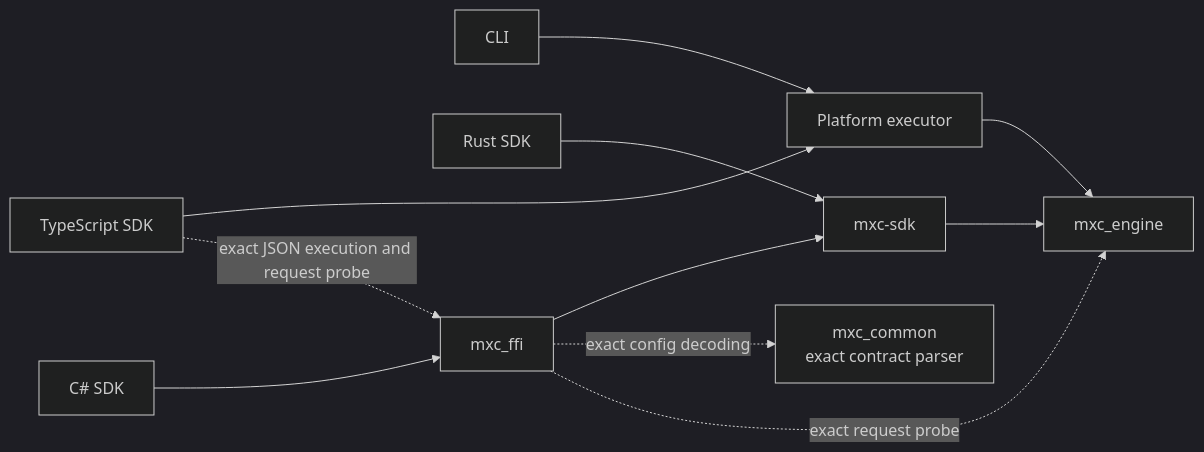
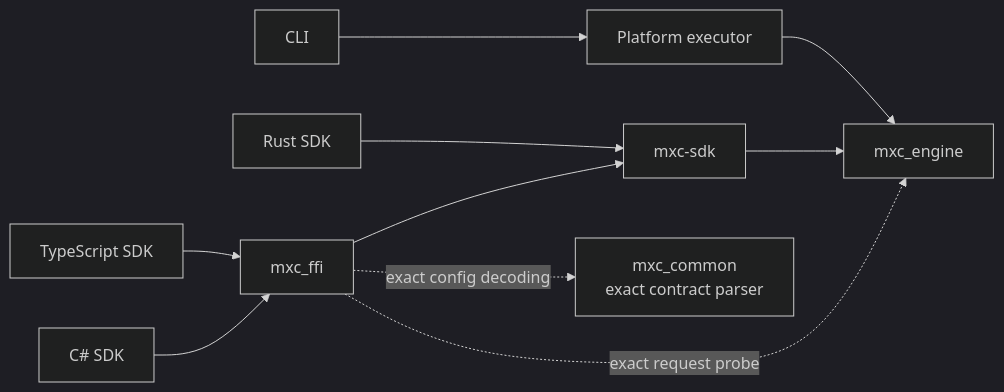
One commit to DeJeune/mxc changed the second of 2 diagrams in docs/development/architecture/repository-architecture.md. Above: the diagram before and after it, drawn with Mermaid (dark theme). The commit also changed other lines of this file and 7 other files, not shown here.

````diff
--- a/docs/development/architecture/repository-architecture.md
+++ b/docs/development/architecture/repository-architecture.md
@@ -104,22 +104,21 @@
 ```mermaid
 flowchart LR
     typescript["TypeScript SDK"]
     cli["CLI"]
     csharp["C# SDK"]
     rust["Rust SDK"]
     executor["Platform executor"]
     ffi["mxc_ffi"]
     sdk["mxc-sdk"]
     engine["mxc_engine"]
     common["mxc_common<br/>exact contract parser"]
 
-    typescript --> executor
-    typescript -. exact JSON execution and request probe .-> ffi
+    typescript --> ffi
     cli --> executor
     csharp --> ffi --> sdk
     ffi -. exact config decoding .-> common
     ffi -. exact request probe .-> engine
     rust --> sdk
     executor --> engine
     sdk --> engine
 ```
````
